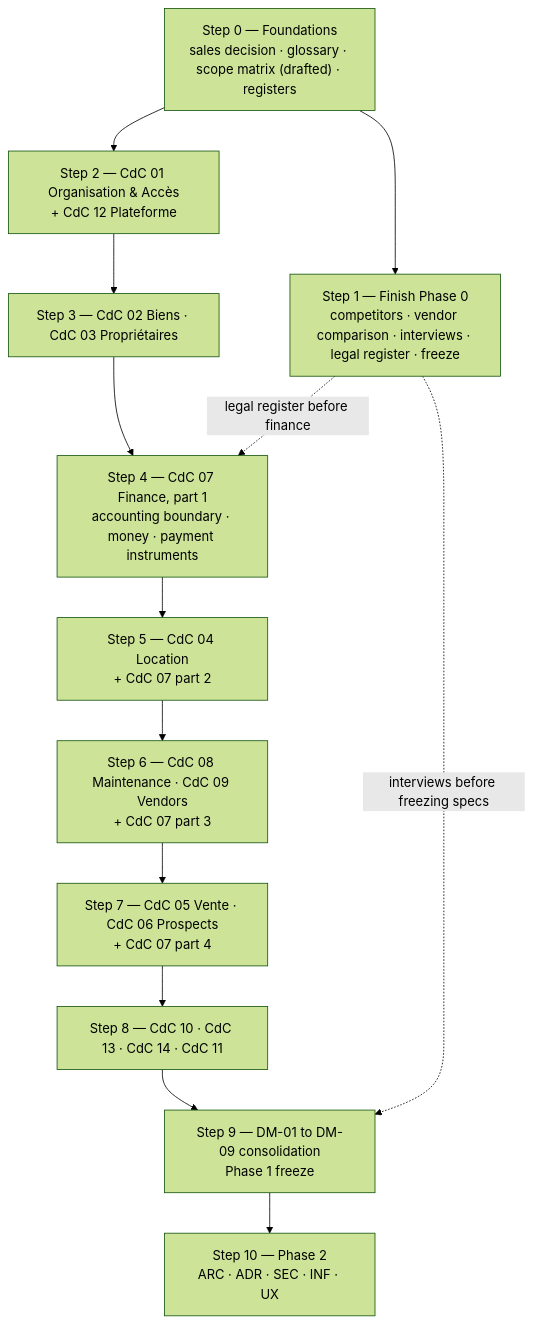
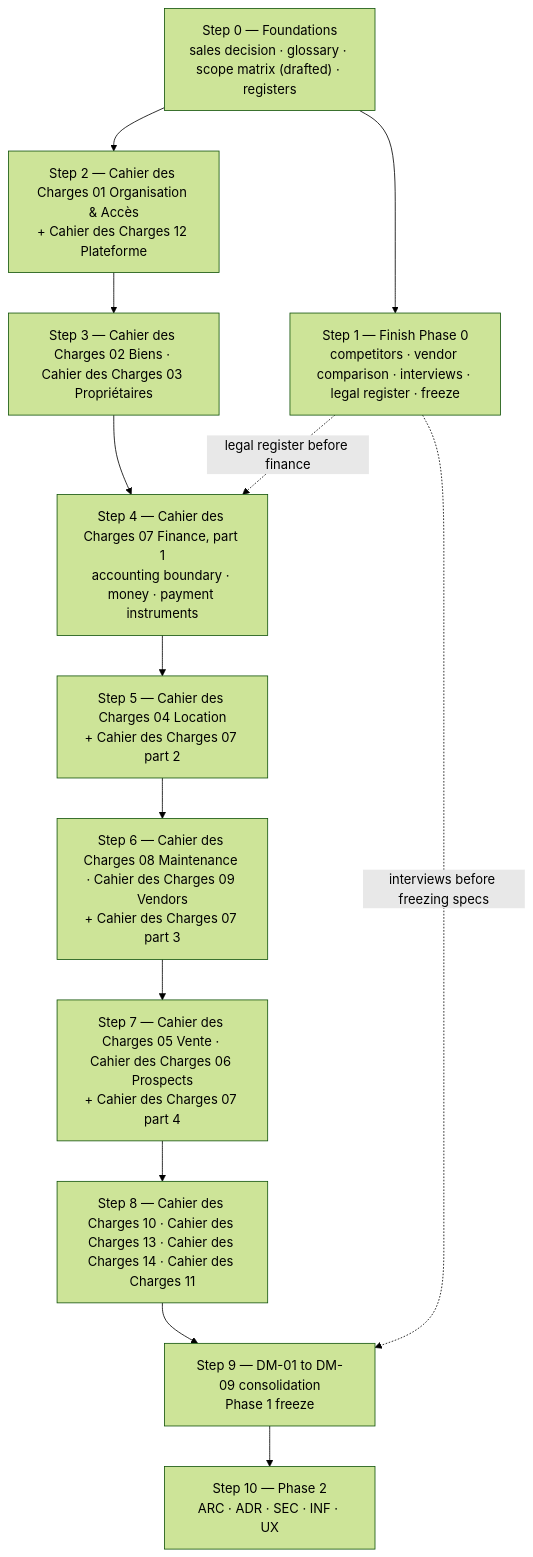
One commit to hamzAmbarki2/ERP changed the diagram in docs/00-documentation-map.md. Above: the diagram before and after it, drawn with Mermaid (forest theme). The commit also changed other lines of this file and 3 other files, not shown here.

````diff
--- a/docs/00-documentation-map.md
+++ b/docs/00-documentation-map.md
@@ -260,18 +263,18 @@
 ``` mermaid
 flowchart TD
   S0["Step 0 — Foundations<br/>sales decision · glossary · scope matrix (drafted) · registers"]
   P0["Step 1 — Finish Phase 0<br/>competitors · vendor comparison · interviews · legal register · freeze"]
-  S2["Step 2 — CdC 01 Organisation & Accès<br/>+ CdC 12 Plateforme"]
-  S3["Step 3 — CdC 02 Biens · CdC 03 Propriétaires"]
-  S4["Step 4 — CdC 07 Finance, part 1<br/>accounting boundary · money · payment instruments"]
-  S5["Step 5 — CdC 04 Location<br/>+ CdC 07 part 2"]
-  S6["Step 6 — CdC 08 Maintenance · CdC 09 Vendors<br/>+ CdC 07 part 3"]
-  S7["Step 7 — CdC 05 Vente · CdC 06 Prospects<br/>+ CdC 07 part 4"]
-  S8["Step 8 — CdC 10 · CdC 13 · CdC 14 · CdC 11"]
+  S2["Step 2 — Cahier des Charges 01 Organisation & Accès<br/>+ Cahier des Charges 12 Plateforme"]
+  S3["Step 3 — Cahier des Charges 02 Biens · Cahier des Charges 03 Propriétaires"]
+  S4["Step 4 — Cahier des Charges 07 Finance, part 1<br/>accounting boundary · money · payment instruments"]
+  S5["Step 5 — Cahier des Charges 04 Location<br/>+ Cahier des Charges 07 part 2"]
+  S6["Step 6 — Cahier des Charges 08 Maintenance · Cahier des Charges 09 Vendors<br/>+ Cahier des Charges 07 part 3"]
+  S7["Step 7 — Cahier des Charges 05 Vente · Cahier des Charges 06 Prospects<br/>+ Cahier des Charges 07 part 4"]
+  S8["Step 8 — Cahier des Charges 10 · Cahier des Charges 13 · Cahier des Charges 14 · Cahier des Charges 11"]
   S9["Step 9 — DM-01 to DM-09 consolidation<br/>Phase 1 freeze"]
   S10["Step 10 — Phase 2<br/>ARC · ADR · SEC · INF · UX"]
   S0 --> S2 --> S3 --> S4 --> S5 --> S6 --> S7 --> S8 --> S9 --> S10
   S0 --> P0
   P0 -. "legal register before finance" .-> S4
   P0 -. "interviews before freezing specs" .-> S9
 ```
````
